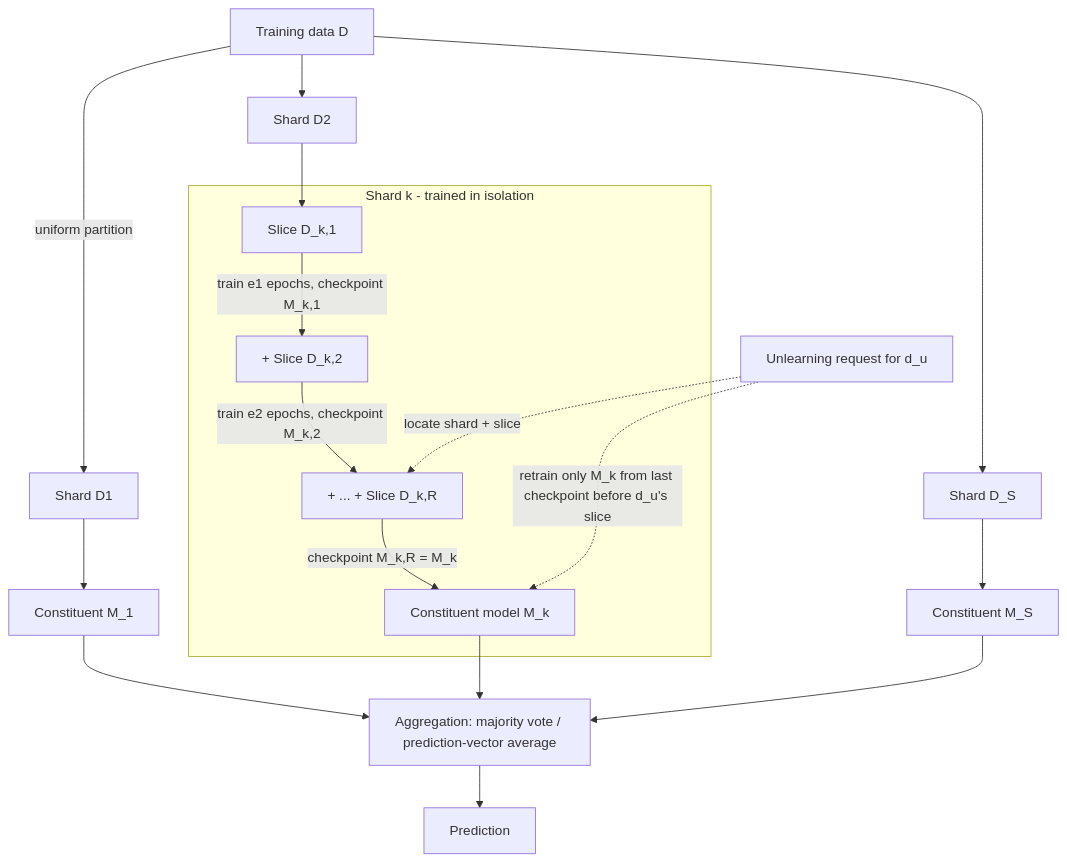
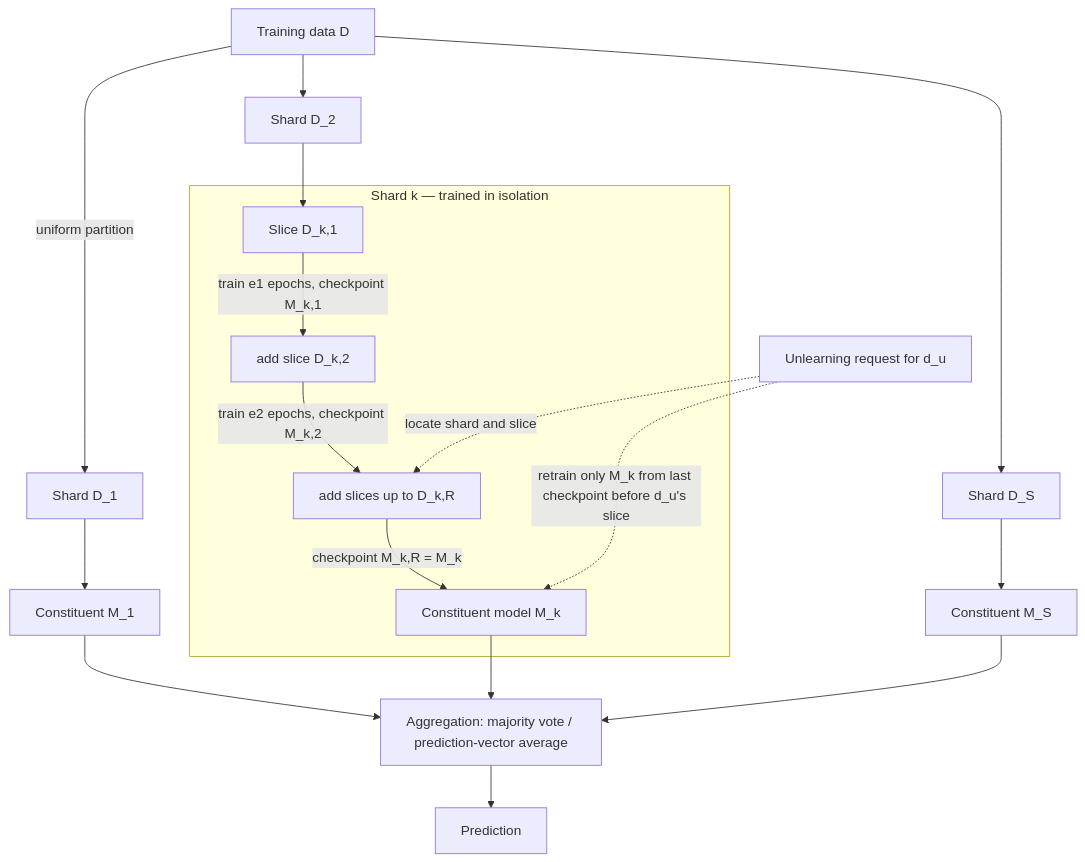
One commit to DatacollectorVN/nathan-second-brain changed the diagram in ml-unlearning/01-Papers/Machine Unlearning (SISA).md. Above: the diagram before and after it, drawn with Mermaid. The commit also changed other lines of this file and 17 other files, not shown here.

````diff
--- a/ml-unlearning/01-Papers/Machine Unlearning (SISA).md
+++ b/ml-unlearning/01-Papers/Machine Unlearning (SISA).md
@@ -35,20 +35,20 @@
 ```mermaid
 flowchart TD
-    D[Training data D] -->|uniform partition| S1[Shard D1]
-    D --> S2[Shard D2]
-    D --> SS[Shard D_S]
-    subgraph Shard k - trained in isolation
-        SL1[Slice D_k,1] -->|train e1 epochs, checkpoint M_k,1| SL2[+ Slice D_k,2]
-        SL2 -->|train e2 epochs, checkpoint M_k,2| SLR[+ ... + Slice D_k,R]
-        SLR -->|checkpoint M_k,R = M_k| MK[Constituent model M_k]
+    D["Training data D"] -->|"uniform partition"| S1["Shard D_1"]
+    D --> S2["Shard D_2"]
+    D --> SS["Shard D_S"]
+    subgraph SHK["Shard k — trained in isolation"]
+        SL1["Slice D_k,1"] -->|"train e1 epochs, checkpoint M_k,1"| SL2["add slice D_k,2"]
+        SL2 -->|"train e2 epochs, checkpoint M_k,2"| SLR["add slices up to D_k,R"]
+        SLR -->|"checkpoint M_k,R = M_k"| MK["Constituent model M_k"]
     end
     S2 --> SL1
-    S1 --> M1[Constituent M_1]
-    SS --> MS[Constituent M_S]
-    M1 --> AGG[Aggregation: majority vote / prediction-vector average]
+    S1 --> M1["Constituent M_1"]
+    SS --> MS["Constituent M_S"]
+    M1 --> AGG["Aggregation: majority vote / prediction-vector average"]
     MK --> AGG
     MS --> AGG
-    AGG --> OUT[Prediction]
-    UR[Unlearning request for d_u] -.->|locate shard + slice| SLR
-    UR -.->|retrain only M_k from last checkpoint before d_u's slice| MK
+    AGG --> OUT["Prediction"]
+    UR["Unlearning request for d_u"] -.->|"locate shard and slice"| SLR
+    UR -.->|"retrain only M_k from last checkpoint before d_u's slice"| MK
 ```
````
